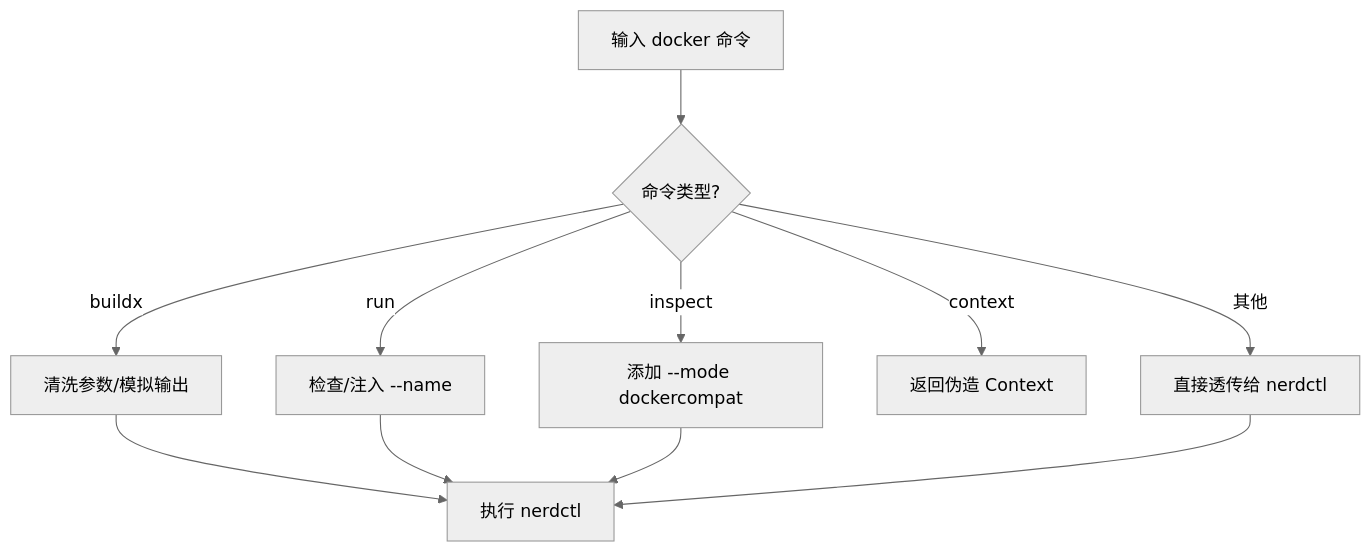
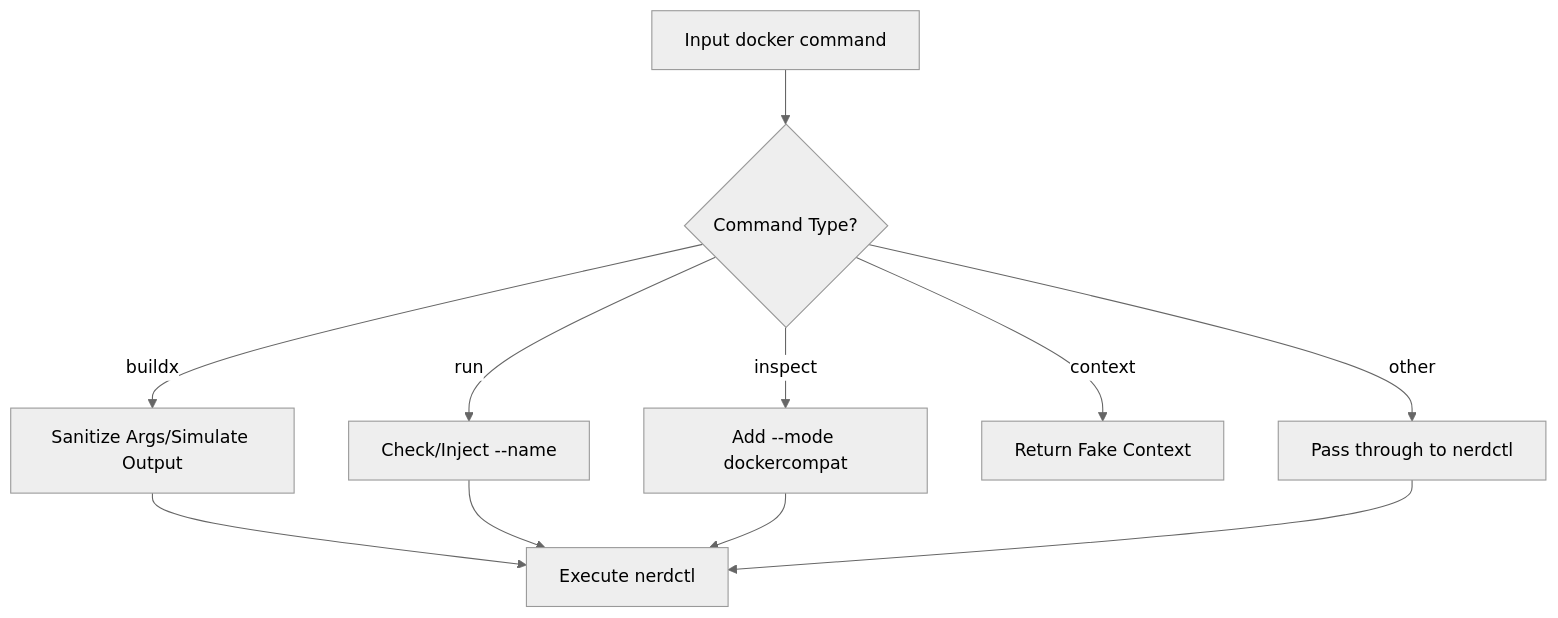
The diagram in README.md (kiddingbaby/nerdctl-docker-shim), drawn with Mermaid (neutral theme) before and after one commit. The commit also changed other lines of this file, not shown here.

````diff
--- a/README.md
+++ b/README.md
@@ -119,13 +119,13 @@
 ```mermaid
 graph TD
-    A[输入 docker 命令] --> B{命令类型?};
-    B -- buildx --> C[清洗参数/模拟输出];
-    B -- run --> D[检查/注入 --name];
-    B -- inspect --> E[添加 --mode dockercompat];
-    B -- context --> F[返回伪造 Context];
-    B -- 其他 --> G[直接透传给 nerdctl];
-    C --> H[执行 nerdctl];
+    A[Input docker command] --> B{Command Type?};
+    B -- buildx --> C[Sanitize Args/Simulate Output];
+    B -- run --> D[Check/Inject --name];
+    B -- inspect --> E[Add --mode dockercompat];
+    B -- context --> F[Return Fake Context];
+    B -- other --> G[Pass through to nerdctl];
+    C --> H[Execute nerdctl];
     D --> H;
     E --> H;
     G --> H;
 ```
````
